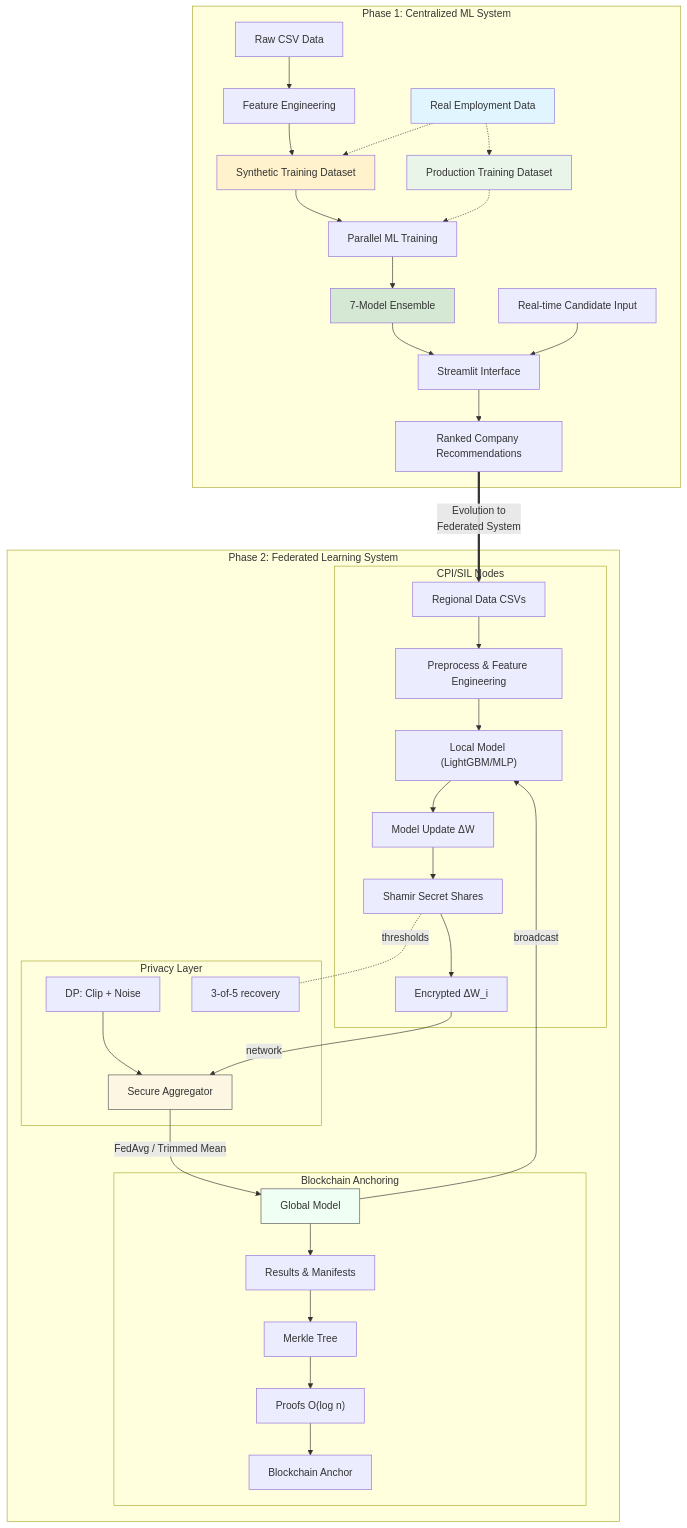
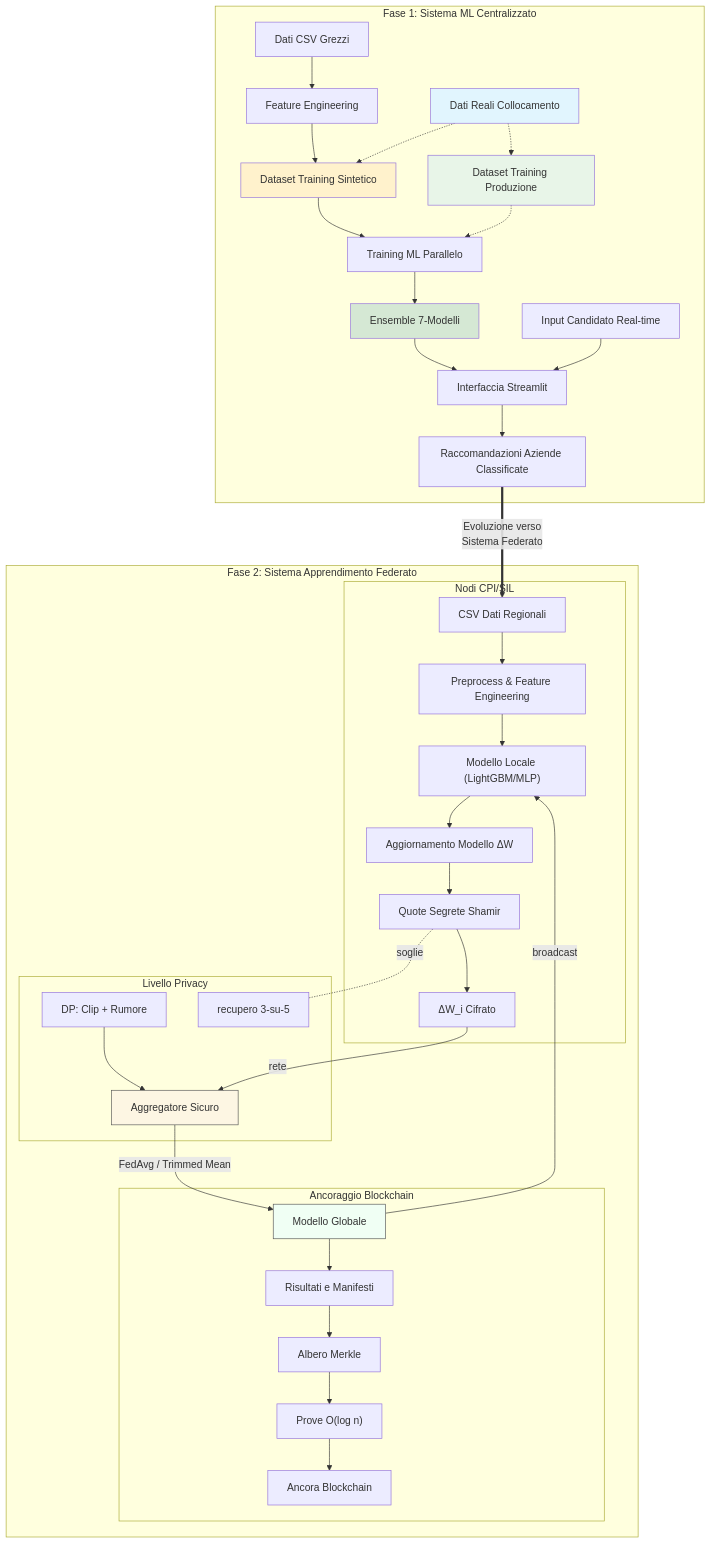
One commit to KuznetsovKarazin/disability-job-matching-system changed the diagram in README_it.md. Above: the diagram before and after it, drawn with Mermaid. The commit also changed other lines of this file and 1 other file, not shown here.

````diff
--- a/README_it.md
+++ b/README_it.md
@@ -59,54 +55,52 @@
 ```mermaid
 flowchart TD
-    subgraph "Phase 1: Centralized ML System"
-        A[Raw CSV Data] --> B[Feature Engineering]
-        B --> C[Synthetic Training Dataset]
-        C --> D[Parallel ML Training]
-        D --> E[7-Model Ensemble]
-        E --> F[Streamlit Interface]
-        G[Real-time Candidate Input] --> F
-        F --> H[Ranked Company Recommendations]
+    subgraph "Fase 1: Sistema ML Centralizzato"
+        A[Dati CSV Grezzi] --> B[Feature Engineering]
+        B --> C[Dataset Training Sintetico]
+        C --> D[Training ML Parallelo]
+        D --> E[Ensemble 7-Modelli]
+        E --> F[Interfaccia Streamlit]
+        G[Input Candidato Real-time] --> F
+        F --> H[Raccomandazioni Aziende Classificate]
         
-        I[Real Employment Data] -.-> C
-        I -.-> J[Production Training Dataset]
+        I[Dati Reali Collocamento] -.-> C
+        I -.-> J[Dataset Training Produzione]
         J -.-> D
         
         style C fill:#fff2cc
         style E fill:#d5e8d4
         style I fill:#e1f5fe
         style J fill:#e8f5e8
     end
     
-    H ==>|"Evolution to<br/>Federated System"| A2
+    H ==>|"Evoluzione verso<br/>Sistema Federato"| A2
     
-    subgraph "Phase 2: Federated Learning System"
-        subgraph "CPI/SIL Nodes"
-            A2[Regional Data CSVs] --> P1["Preprocess & Feature Engineering"]
-            P1 --> M1["Local Model (LightGBM/MLP)"]
-            M1 --> U1["Model Update ΔW"]
-            U1 --> S1[Shamir Secret Shares]
-            S1 --> E1["Encrypted ΔW_i"]
+    subgraph "Fase 2: Sistema Apprendimento Federato"
+        subgraph "Nodi CPI/SIL"
+            A2[CSV Dati Regionali] --> P1["Preprocess & Feature Engineering"]
+            P1 --> M1["Modello Locale (LightGBM/MLP)"]
+            M1 --> U1["Aggiornamento Modello ΔW"]
+            U1 --> S1[Quote Segrete Shamir]
+            S1 --> E1["ΔW_i Cifrato"]
         end
 
-        subgraph "Privacy Layer"
-            C1["DP: Clip + Noise"] --> AGG
-            S1 -. thresholds .- R1["3-of-5 recovery"]
+        subgraph "Livello Privacy"
+            C1["DP: Clip + Rumore"] --> AGG
+            S1 -. soglie .- R1["recupero 3-su-5"]
         end   
 
-        E1 -->|network| AGG[Secure Aggregator]
-      
-        
-        AGG -->|"FedAvg / Trimmed Mean"| GM[Global Model]
+        E1 -->|rete| AGG[Aggregatore Sicuro]
+        AGG -->|"FedAvg / Trimmed Mean"| GM[Modello Globale]
         GM -->|broadcast| M1
         
-        subgraph "Blockchain Anchoring"
-            GM --> R["Results & Manifests"]
-            R --> HM[Merkle Tree]
-            HM --> Z["Proofs O(log n)"]
-            Z --> BC["Blockchain Anchor"]
+        subgraph "Ancoraggio Blockchain"
+            GM --> R["Risultati e Manifesti"]
+            R --> HM[Albero Merkle]
+            HM --> Z["Prove O(log n)"]
+            Z --> BC["Ancora Blockchain"]
         end
         
         style AGG fill:#fdf6e3,stroke:#555,stroke-width:1px
         style GM fill:#f0fff4,stroke:#555,stroke-width:1px
     end
 ```
````
